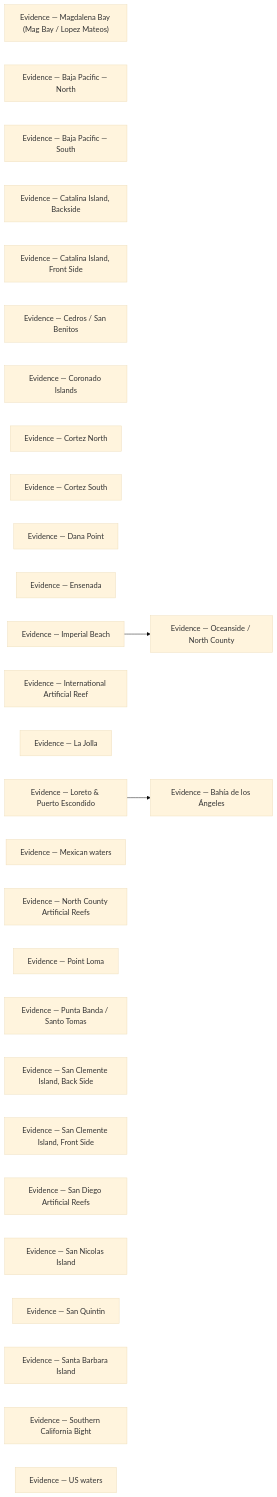
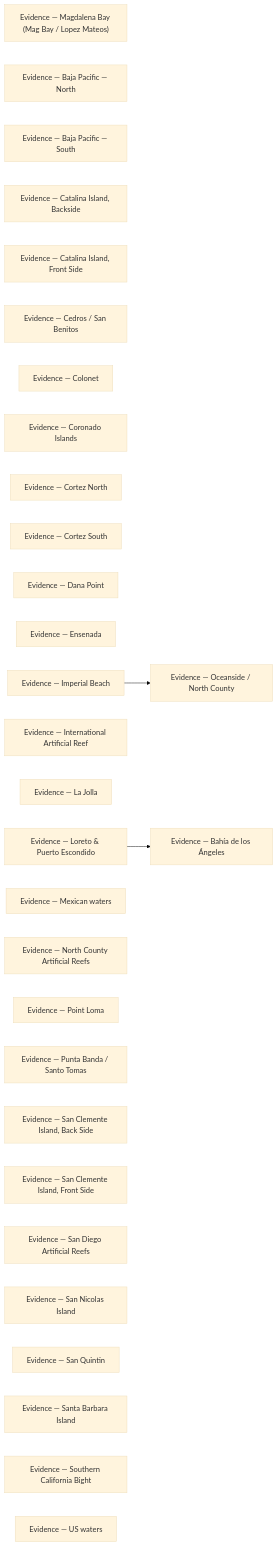
Before and after one commit to camchuckpete-max/Socal-Fishing-Knowledge: the diagram in locations/evidence/README.md, drawn with Mermaid (base theme). The commit also changed other lines of this file and 17 other files, not shown here.

````diff
--- a/locations/evidence/README.md
+++ b/locations/evidence/README.md
@@ -42,34 +43,35 @@
 ```mermaid
 graph LR
   n0["Evidence — Bahía de los Ángeles"]
   n1["Evidence — Magdalena Bay (Mag Bay / Lopez Mateos)"]
   n2["Evidence — Baja Pacific — North"]
   n3["Evidence — Baja Pacific — South"]
   n4["Evidence — Catalina Island, Backside"]
   n5["Evidence — Catalina Island, Front Side"]
   n6["Evidence — Cedros / San Benitos"]
-  n7["Evidence — Coronado Islands"]
-  n8["Evidence — Cortez North"]
-  n9["Evidence — Cortez South"]
-  n10["Evidence — Dana Point"]
-  n11["Evidence — Ensenada"]
-  n12["Evidence — Imperial Beach"]
-  n13["Evidence — International Artificial Reef"]
-  n14["Evidence — La Jolla"]
-  n15["Evidence — Loreto & Puerto Escondido"]
-  n16["Evidence — Mexican waters"]
-  n17["Evidence — North County Artificial Reefs"]
-  n18["Evidence — Oceanside / North County"]
-  n19["Evidence — Point Loma"]
-  n20["Evidence — Punta Banda / Santo Tomas"]
-  n21["Evidence — San Clemente Island, Back Side"]
-  n22["Evidence — San Clemente Island, Front Side"]
-  n23["Evidence — San Diego Artificial Reefs"]
-  n24["Evidence — San Nicolas Island"]
-  n25["Evidence — San Quintin"]
-  n26["Evidence — Santa Barbara Island"]
-  n27["Evidence — Southern California Bight"]
-  n28["Evidence — US waters"]
-  n12 --> n18
-  n15 --> n0
+  n7["Evidence — Colonet"]
+  n8["Evidence — Coronado Islands"]
+  n9["Evidence — Cortez North"]
+  n10["Evidence — Cortez South"]
+  n11["Evidence — Dana Point"]
+  n12["Evidence — Ensenada"]
+  n13["Evidence — Imperial Beach"]
+  n14["Evidence — International Artificial Reef"]
+  n15["Evidence — La Jolla"]
+  n16["Evidence — Loreto & Puerto Escondido"]
+  n17["Evidence — Mexican waters"]
+  n18["Evidence — North County Artificial Reefs"]
+  n19["Evidence — Oceanside / North County"]
+  n20["Evidence — Point Loma"]
+  n21["Evidence — Punta Banda / Santo Tomas"]
+  n22["Evidence — San Clemente Island, Back Side"]
+  n23["Evidence — San Clemente Island, Front Side"]
+  n24["Evidence — San Diego Artificial Reefs"]
+  n25["Evidence — San Nicolas Island"]
+  n26["Evidence — San Quintin"]
+  n27["Evidence — Santa Barbara Island"]
+  n28["Evidence — Southern California Bight"]
+  n29["Evidence — US waters"]
+  n13 --> n19
+  n16 --> n0
 ```
````
